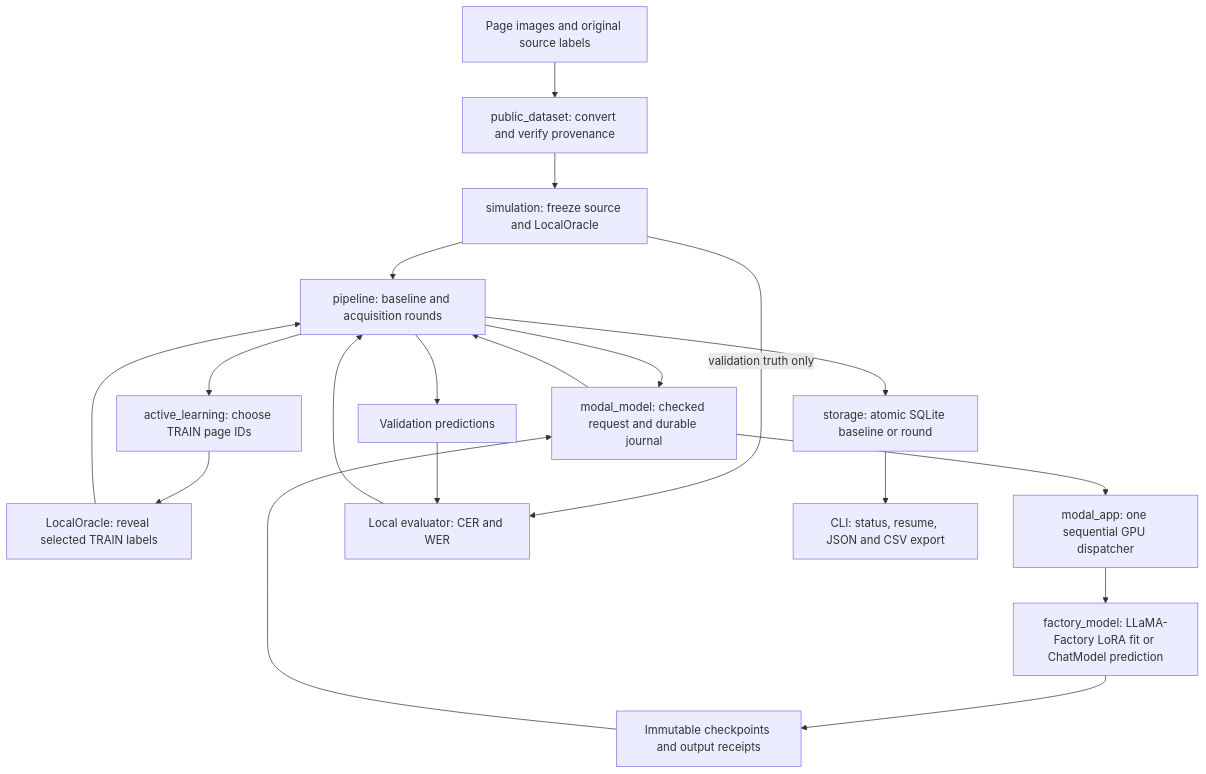
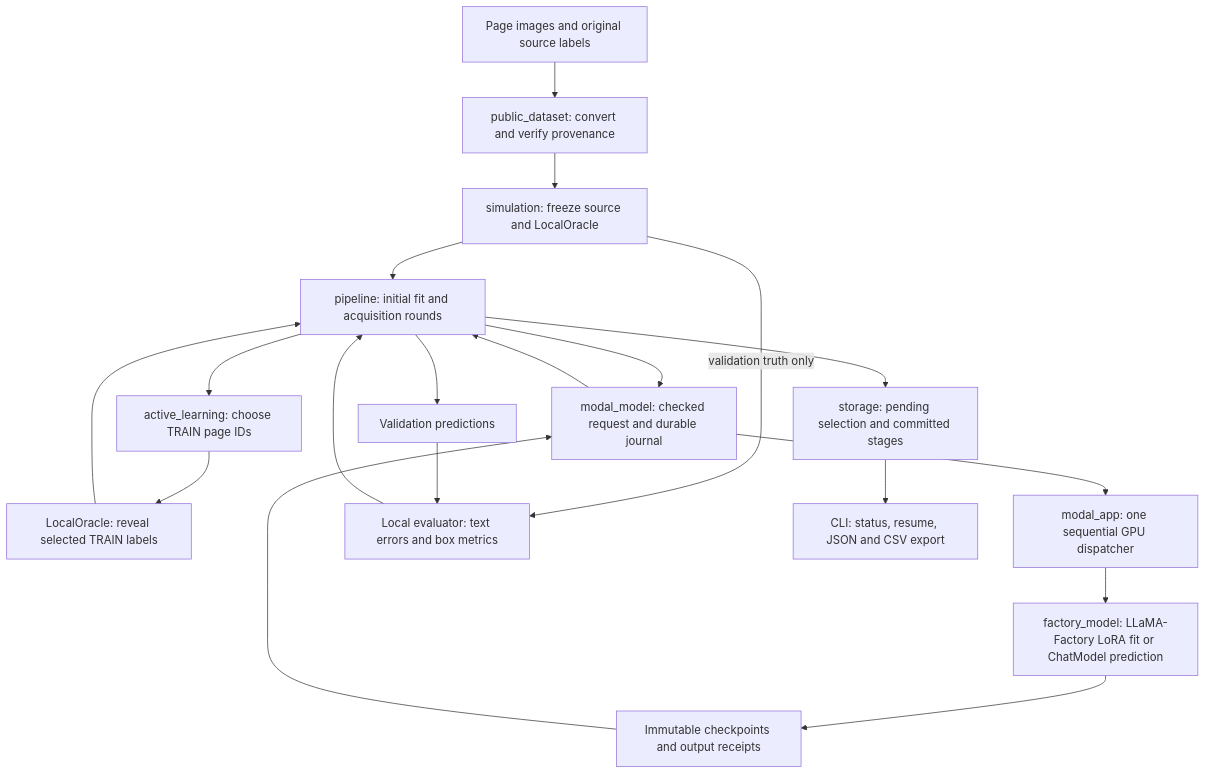
One commit to bbryant824/ocr-finetuning changed the diagram in docs/PROJECT_GUIDE.md. Above: the diagram before and after it, drawn with Mermaid. The commit also changed other lines of this file and 5 other files, not shown here.

````diff
--- a/docs/PROJECT_GUIDE.md
+++ b/docs/PROJECT_GUIDE.md
@@ -150,21 +146,21 @@
 ```mermaid
 flowchart TD
     A[Page images and original source labels] --> B[public_dataset: convert and verify provenance]
     B --> C[simulation: freeze source and LocalOracle]
-    C --> D[pipeline: baseline and acquisition rounds]
+    C --> D[pipeline: initial fit and acquisition rounds]
     D --> E[active_learning: choose TRAIN page IDs]
     E --> F[LocalOracle: reveal selected TRAIN labels]
     F --> D
     D --> G[modal_model: checked request and durable journal]
     G --> H[modal_app: one sequential GPU dispatcher]
     H --> I[factory_model: LLaMA-Factory LoRA fit or ChatModel prediction]
     I --> J[Immutable checkpoints and output receipts]
     J --> G
     G --> D
     D --> K[Validation predictions]
-    C -->|validation truth only| L[Local evaluator: CER and WER]
+    C -->|validation truth only| L[Local evaluator: text errors and box metrics]
     K --> L
     L --> D
-    D --> M[storage: atomic SQLite baseline or round]
+    D --> M[storage: pending selection and committed stages]
     M --> N[CLI: status, resume, JSON and CSV export]
 ```
````
